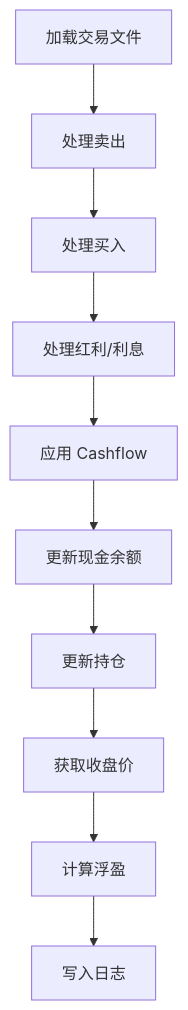
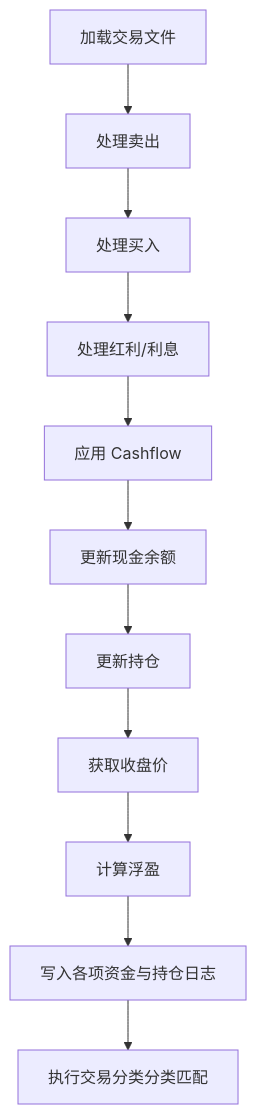
The diagram in docs/04_POST_TRADE_GUIDE.md (DarkLink/QuantPits), drawn with Mermaid before and after one commit. The commit also changed other lines of this file and 9 other files, not shown here.

````diff
--- a/docs/04_POST_TRADE_GUIDE.md
+++ b/docs/04_POST_TRADE_GUIDE.md
@@ -110,12 +111,13 @@
 ```mermaid
 flowchart TD
     A[加载交易文件] --> B[处理卖出]
     B --> C[处理买入]
     C --> D[处理红利/利息]
     D --> E[应用 Cashflow]
     E --> F[更新现金余额]
     F --> G[更新持仓]
     G --> H[获取收盘价]
     H --> I[计算浮盈]
-    I --> J[写入日志]
+    I --> J[写入各项资金与持仓日志]
+    J --> K[执行交易分类分类匹配]
 ```
````
